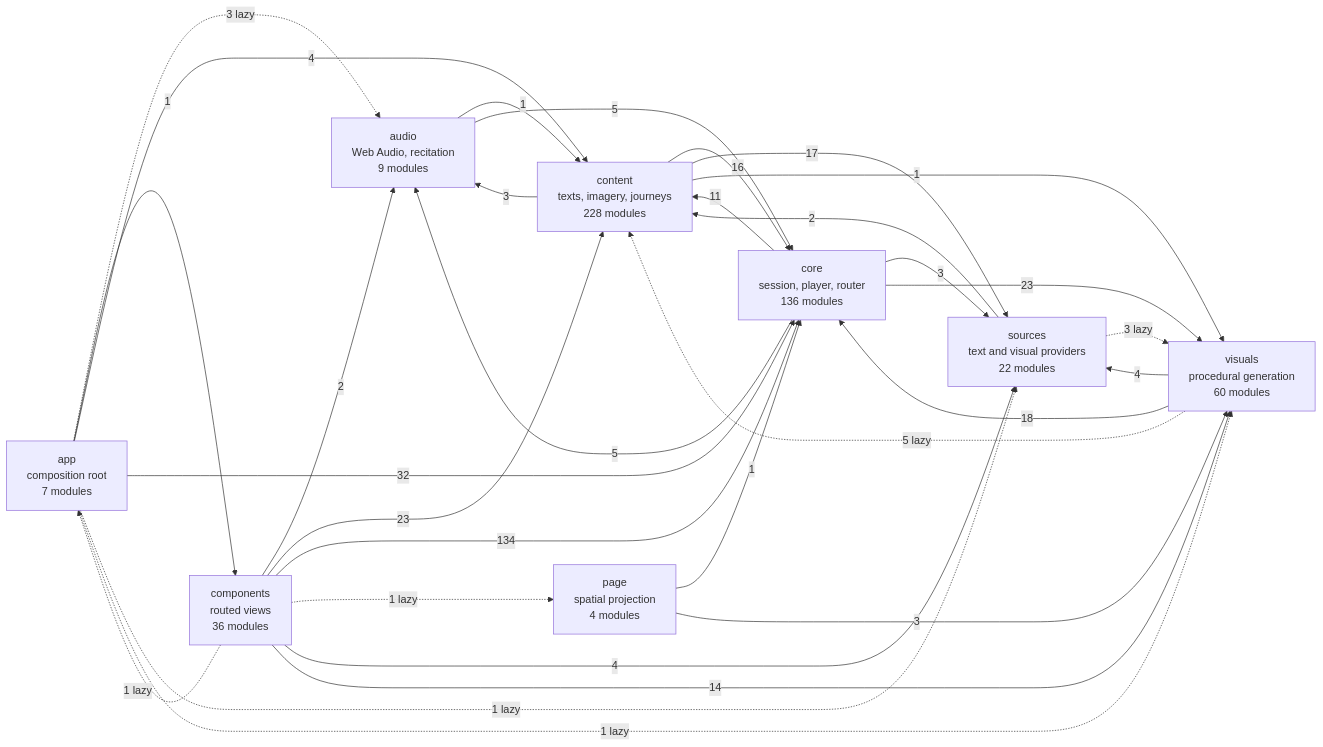
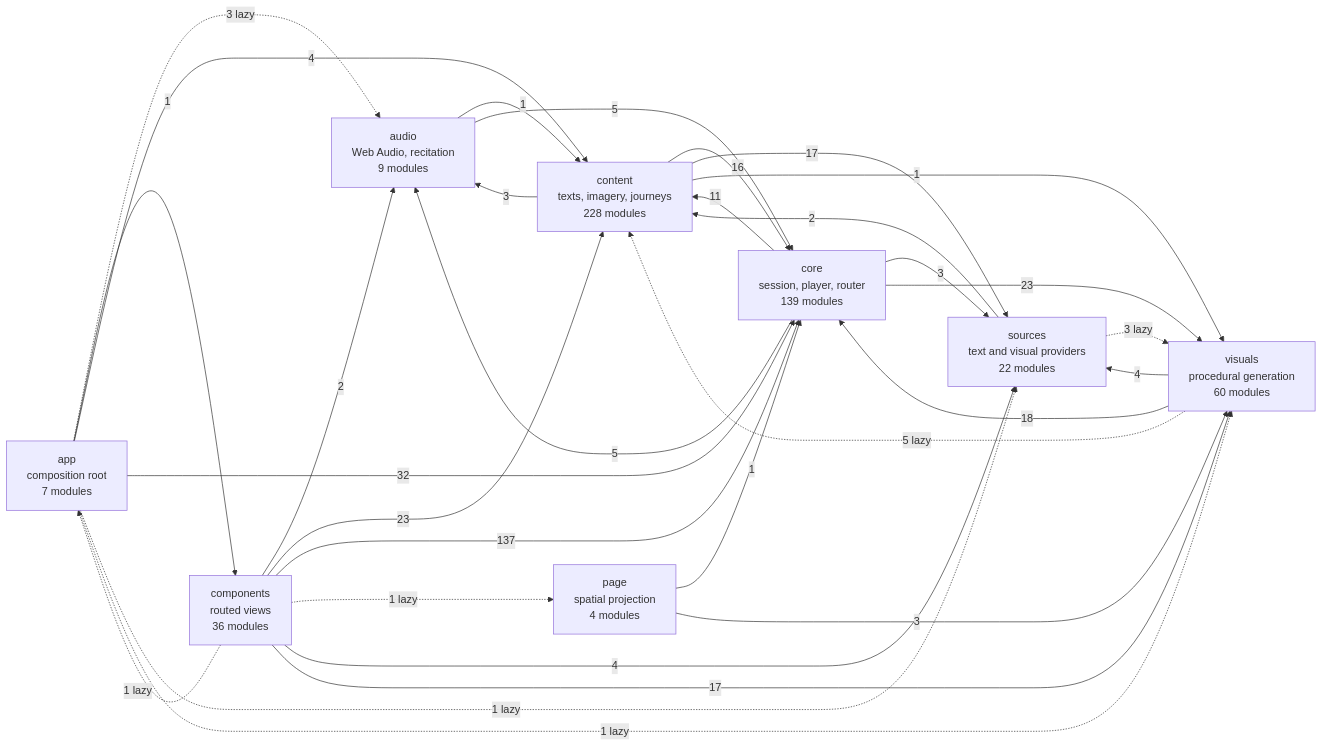
The diagram in docs/specs/ARCHITECTURE.md (SyberLabs/RISE), drawn with Mermaid before and after one commit. The commit also changed 20 other files, not shown here.

````diff
--- a/docs/specs/ARCHITECTURE.md
+++ b/docs/specs/ARCHITECTURE.md
@@ -160,42 +160,42 @@
 ```mermaid
 flowchart LR
     app["app<br/>composition root<br/>7 modules"]
     audio["audio<br/>Web Audio, recitation<br/>9 modules"]
     components["components<br/>routed views<br/>36 modules"]
     content["content<br/>texts, imagery, journeys<br/>228 modules"]
-    core["core<br/>session, player, router<br/>136 modules"]
+    core["core<br/>session, player, router<br/>139 modules"]
     page["page<br/>spatial projection<br/>4 modules"]
     sources["sources<br/>text and visual providers<br/>22 modules"]
     visuals["visuals<br/>procedural generation<br/>60 modules"]
 
     app -.-> |3 lazy| audio
     app --> |1| components
     app --> |4| content
     app --> |32| core
     app -.-> |1 lazy| sources
     app -.-> |1 lazy| visuals
     audio --> |1| content
     audio --> |5| core
     components -.-> |1 lazy| app
     components --> |2| audio
     components --> |23| content
-    components --> |134| core
+    components --> |137| core
     components -.-> |1 lazy| page
     components --> |4| sources
-    components --> |14| visuals
+    components --> |17| visuals
     content --> |3| audio
     content --> |16| core
     content --> |17| sources
     content --> |1| visuals
     core --> |5| audio
     core --> |11| content
     core --> |3| sources
     core --> |23| visuals
     page --> |1| core
     page --> |3| visuals
     sources --> |2| content
     sources -.-> |3 lazy| visuals
     visuals -.-> |5 lazy| content
     visuals --> |18| core
     visuals --> |4| sources
 ```
````
